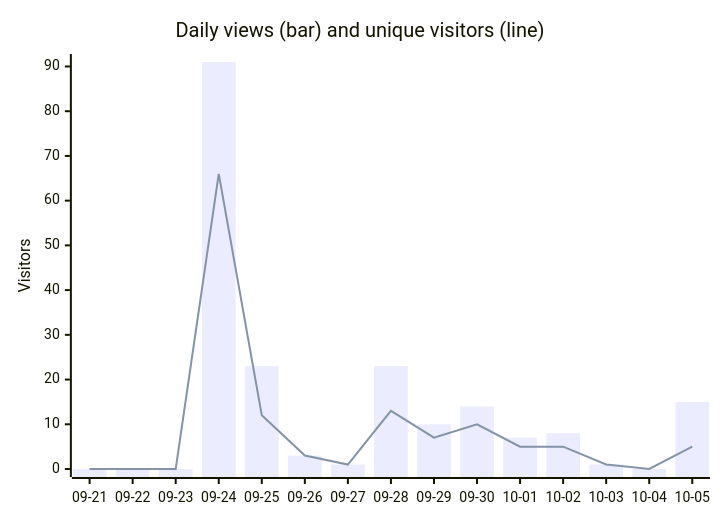
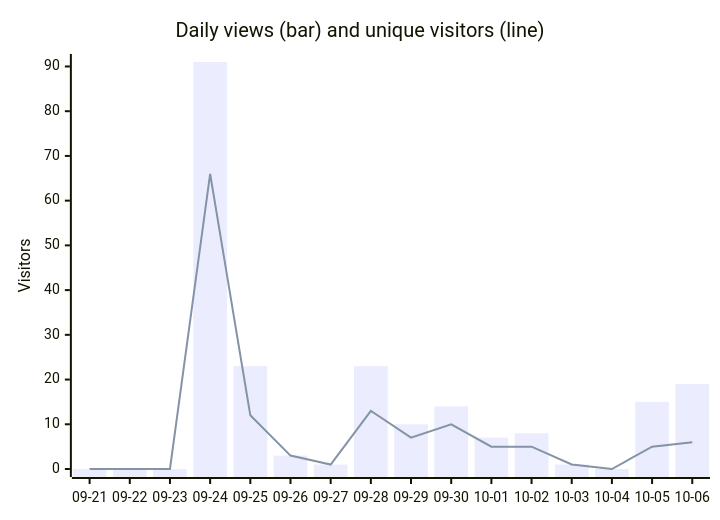
The first of 2 diagrams in metrics/DASHBOARD.md (babson44/azure-vm-modernization-toolkit), drawn with Mermaid before and after one commit. The commit also changed other lines of this file and 2 other files, not shown here.

````diff
--- a/metrics/DASHBOARD.md
+++ b/metrics/DASHBOARD.md
@@ -18,8 +18,8 @@
 ```mermaid
 xychart-beta
     title "Daily views (bar) and unique visitors (line)"
-    x-axis [09-21, 09-22, 09-23, 09-24, 09-25, 09-26, 09-27, 09-28, 09-29, 09-30, 10-01, 10-02, 10-03, 10-04, 10-05]
+    x-axis [09-21, 09-22, 09-23, 09-24, 09-25, 09-26, 09-27, 09-28, 09-29, 09-30, 10-01, 10-02, 10-03, 10-04, 10-05, 10-06]
     y-axis "Visitors" 0 --> 91
-    bar [0, 0, 0, 91, 23, 3, 1, 23, 10, 14, 7, 8, 1, 0, 15]
-    line [0, 0, 0, 66, 12, 3, 1, 13, 7, 10, 5, 5, 1, 0, 5]
+    bar [0, 0, 0, 91, 23, 3, 1, 23, 10, 14, 7, 8, 1, 0, 15, 19]
+    line [0, 0, 0, 66, 12, 3, 1, 13, 7, 10, 5, 5, 1, 0, 5, 6]
 ```
````
